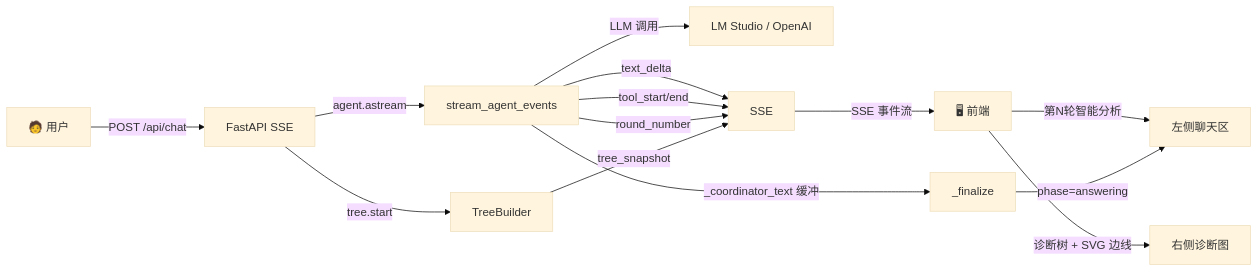
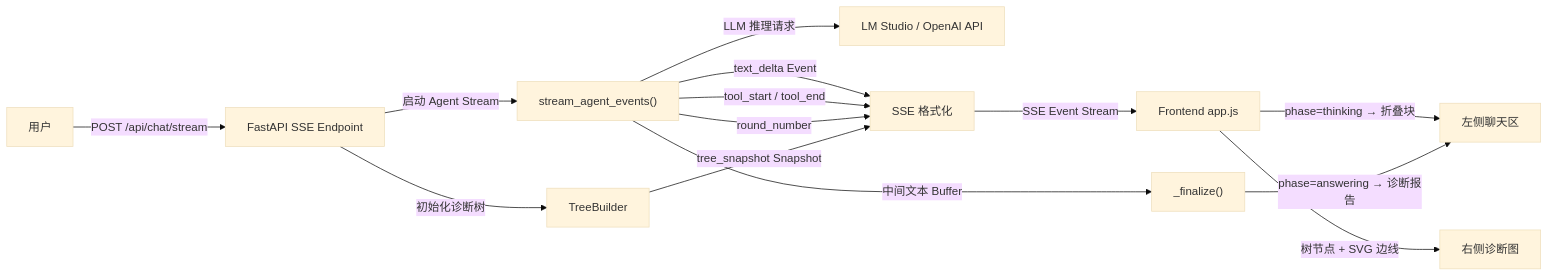
Before and after one commit to kangxiaoning/diagnostics: the first of 5 diagrams in README.md, drawn with Mermaid (base theme). The commit also changed other lines of this file, not shown here.

Commit message:
docs: 更新README，技术术语保持英文，Mermaid图增加文字说明

````diff
--- a/README.md
+++ b/README.md
@@ -38,16 +38,16 @@
 ```mermaid
 flowchart LR
-    User["🧑 用户"] -->|POST /api/chat| FastAPI["FastAPI SSE"]
-    FastAPI -->|tree.start| Tree["TreeBuilder"]
-    FastAPI -->|agent.astream| Stream["stream_agent_events"]
-    Stream -->|LLM 调用| LM["LM Studio / OpenAI"]
-    Stream -->|text_delta| SSE
-    Stream -->|tool_start/end| SSE
-    Stream -->|round_number| SSE
-    Tree -->|tree_snapshot| SSE
-    SSE -->|SSE 事件流| Frontend["🖥 前端"]
-    Frontend -->|"第N轮智能分析"| Chat["左侧聊天区"]
-    Frontend -->|"诊断树 + SVG 边线"| Graph["右侧诊断图"]
-    Stream -->|_coordinator_text 缓冲| Finalize["_finalize"]
-    Finalize -->|phase=answering| Chat
+    User["用户"] -->|"POST /api/chat/stream"| FastAPI["FastAPI SSE Endpoint"]
+    FastAPI -->|"初始化诊断树"| Tree["TreeBuilder"]
+    FastAPI -->|"启动 Agent Stream"| Stream["stream_agent_events()"]
+    Stream -->|"LLM 推理请求"| LM["LM Studio / OpenAI API"]
+    Stream -->|"text_delta Event"| SSE["SSE 格式化"]
+    Stream -->|"tool_start / tool_end"| SSE
+    Stream -->|"round_number"| SSE
+    Tree -->|"tree_snapshot Snapshot"| SSE
+    SSE -->|"SSE Event Stream"| Frontend["Frontend app.js"]
+    Frontend -->|"phase=thinking → 折叠块"| Chat["左侧聊天区"]
+    Frontend -->|"树节点 + SVG 边线"| Graph["右侧诊断图"]
+    Stream -->|"中间文本 Buffer"| Finalize["_finalize()"]
+    Finalize -->|"phase=answering → 诊断报告"| Chat
 ```
````
